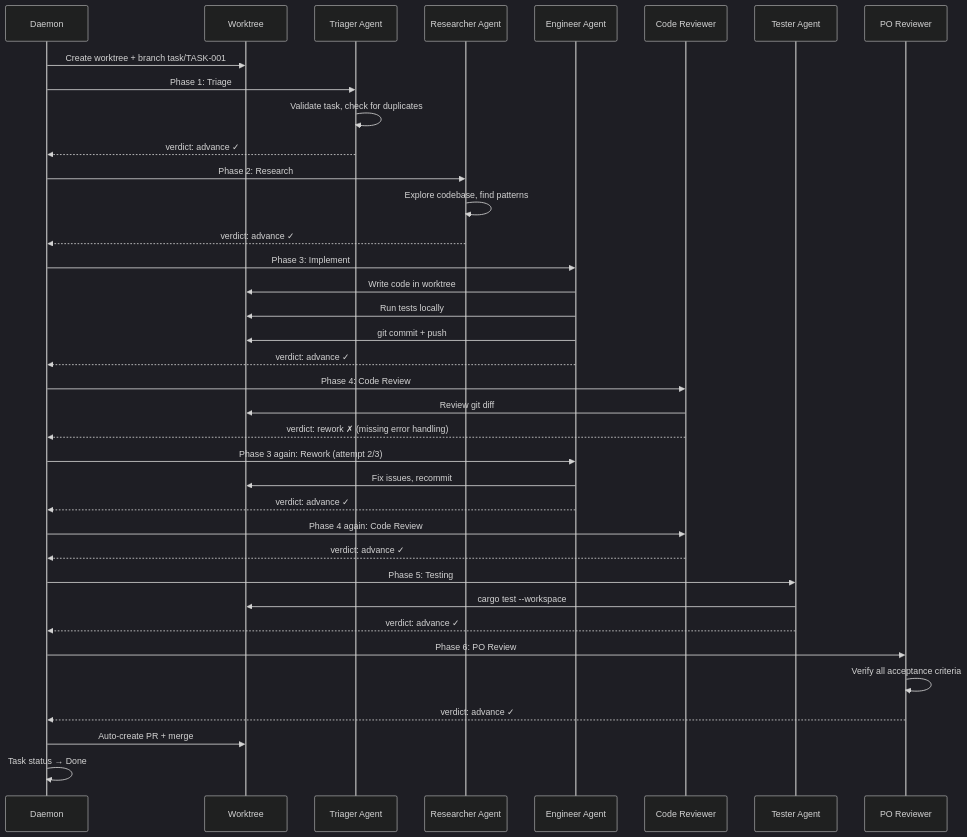
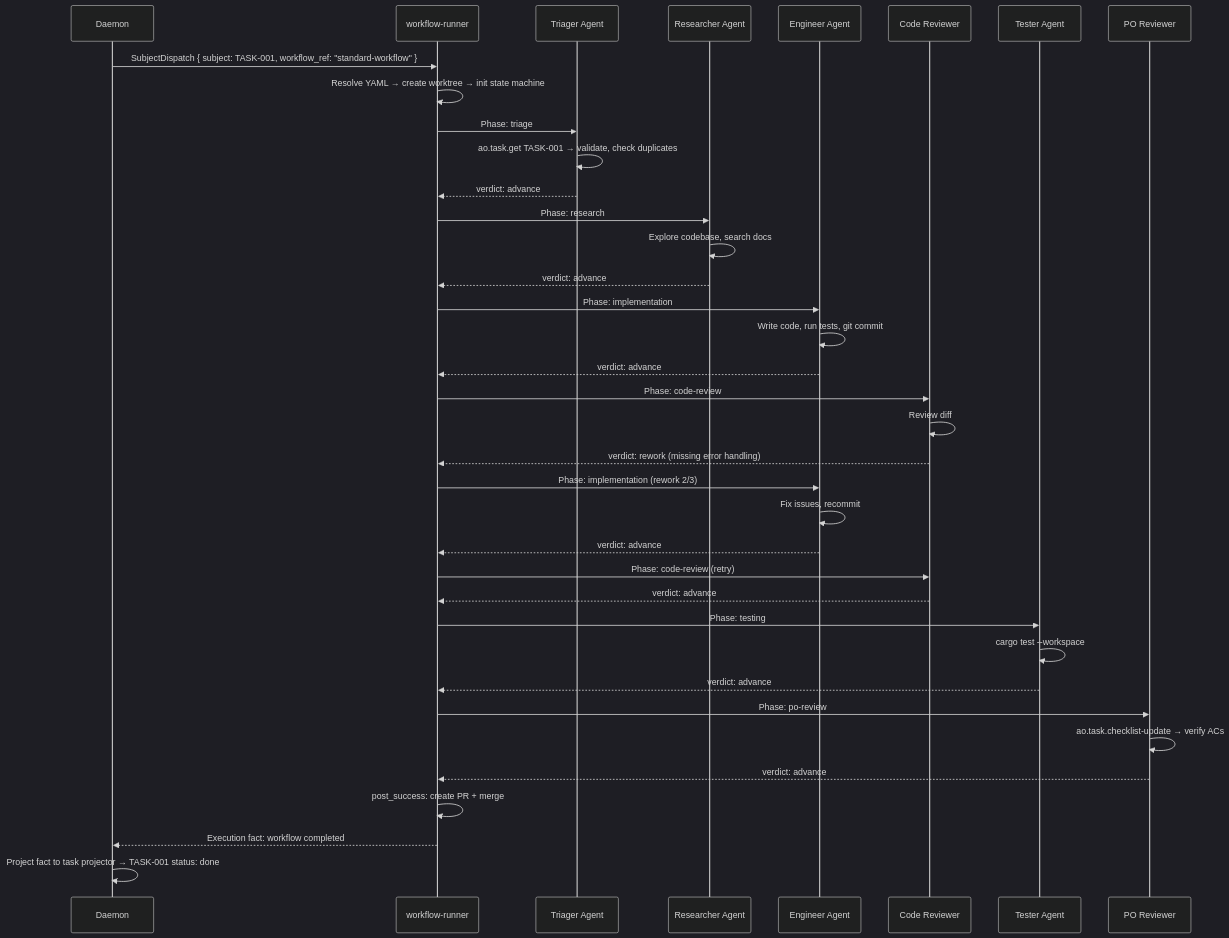
The ninth of 12 diagrams in docs/how-ao-works.md (launchapp-dev/ao-cli), drawn with Mermaid (dark theme) before and after one commit. The commit also changed other lines of this file and 1 other file, not shown here.

First line of the commit message:
docs: define workflow-first CLI target architecture

````diff
--- a/docs/how-ao-works.md
+++ b/docs/how-ao-works.md
@@ -170,48 +361,49 @@
 ```mermaid
 sequenceDiagram
     participant D as Daemon
-    participant W as Worktree
+    participant R as workflow-runner
     participant T as Triager Agent
-    participant R as Researcher Agent
+    participant RS as Researcher Agent
     participant E as Engineer Agent
     participant CR as Code Reviewer
     participant TE as Tester Agent
     participant PO as PO Reviewer
 
-    D->>W: Create worktree + branch task/TASK-001
-    D->>T: Phase 1: Triage
-    T->>T: Validate task, check for duplicates
-    T-->>D: verdict: advance ✓
+    D->>R: SubjectDispatch { subject: TASK-001, workflow_ref: "standard-workflow" }
+    R->>R: Resolve YAML → create worktree → init state machine
 
-    D->>R: Phase 2: Research
-    R->>R: Explore codebase, find patterns
-    R-->>D: verdict: advance ✓
+    R->>T: Phase: triage
+    T->>T: ao.task.get TASK-001 → validate, check duplicates
+    T-->>R: verdict: advance
 
-    D->>E: Phase 3: Implement
-    E->>W: Write code in worktree
-    E->>W: Run tests locally
-    E->>W: git commit + push
-    E-->>D: verdict: advance ✓
+    R->>RS: Phase: research
+    RS->>RS: Explore codebase, search docs
+    RS-->>R: verdict: advance
 
-    D->>CR: Phase 4: Code Review
-    CR->>W: Review git diff
-    CR-->>D: verdict: rework ✗ (missing error handling)
+    R->>E: Phase: implementation
+    E->>E: Write code, run tests, git commit
+    E-->>R: verdict: advance
 
-    D->>E: Phase 3 again: Rework (attempt 2/3)
-    E->>W: Fix issues, recommit
-    E-->>D: verdict: advance ✓
+    R->>CR: Phase: code-review
+    CR->>CR: Review diff
+    CR-->>R: verdict: rework (missing error handling)
 
-    D->>CR: Phase 4 again: Code Review
-    CR-->>D: verdict: advance ✓
+    R->>E: Phase: implementation (rework 2/3)
+    E->>E: Fix issues, recommit
+    E-->>R: verdict: advance
 
-    D->>TE: Phase 5: Testing
-    TE->>W: cargo test --workspace
-    TE-->>D: verdict: advance ✓
+    R->>CR: Phase: code-review (retry)
+    CR-->>R: verdict: advance
 
-    D->>PO: Phase 6: PO Review
-    PO->>PO: Verify all acceptance criteria
-    PO-->>D: verdict: advance ✓
+    R->>TE: Phase: testing
+    TE->>TE: cargo test --workspace
+    TE-->>R: verdict: advance
 
-    D->>W: Auto-create PR + merge
-    D->>D: Task status → Done
+    R->>PO: Phase: po-review
+    PO->>PO: ao.task.checklist-update → verify ACs
+    PO-->>R: verdict: advance
+
+    R->>R: post_success: create PR + merge
+    R-->>D: Execution fact: workflow completed
+    D->>D: Project fact to task projector → TASK-001 status: done
 ```
````
